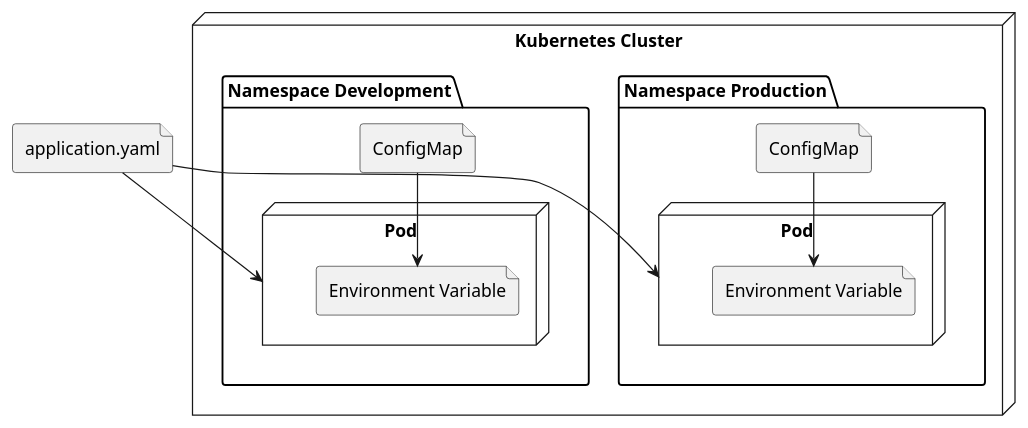
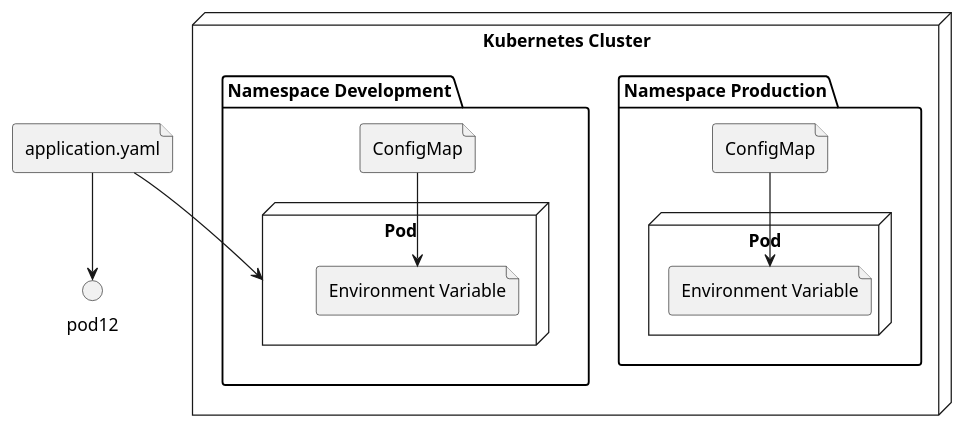
The diagram in diagrams/config-maps.puml (khannedy/belajar-kubernetes), drawn with PlantUML before and after one commit.

```diff
--- a/diagrams/config-maps.puml
+++ b/diagrams/config-maps.puml
@@ -1,26 +1,26 @@
 @startuml
 
 file "application.yaml" as yaml
 
 node "Kubernetes Cluster" {
     package "Namespace Production" {
         node "Pod" as pod1{
             file "Environment Variable" as env1
         }
         file "ConfigMap" as config1
     }
 
     package "Namespace Development" {
         node "Pod" as pod2{
             file "Environment Variable" as env2
         }
         file "ConfigMap" as config2
     }
 }
 
-yaml --> pod1
+yaml --> pod12
 yaml --> pod2
 config1 --> env1
 config2 --> env2
 
 @enduml
```
